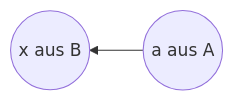
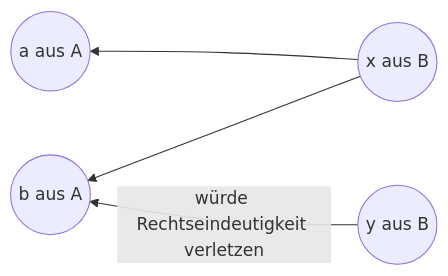
Diagram 17 of 17 in README.md (LeonStoldt/discreteMathematics), drawn with Mermaid before and after one commit. The commit also changed other lines of this file, not shown here.

Commit message:
README.md updated from https://stackedit.io/

````diff
--- a/README.md
+++ b/README.md
@@ -430,4 +430,6 @@
 ``` mermaid
 graph RL
-a((a aus A)) --> x((x aus B))
+x((x aus B)) --> a((a aus A))
+x --> b((b aus A))
+y((y aus B)) --würde Rechtseindeutigkeit verletzen--> b
 ```
````
